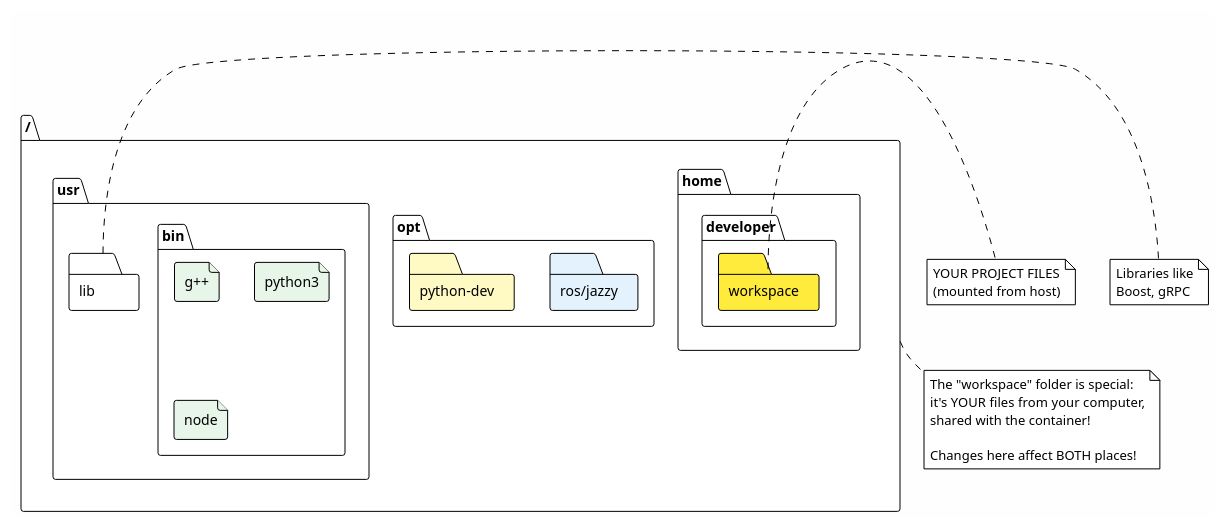
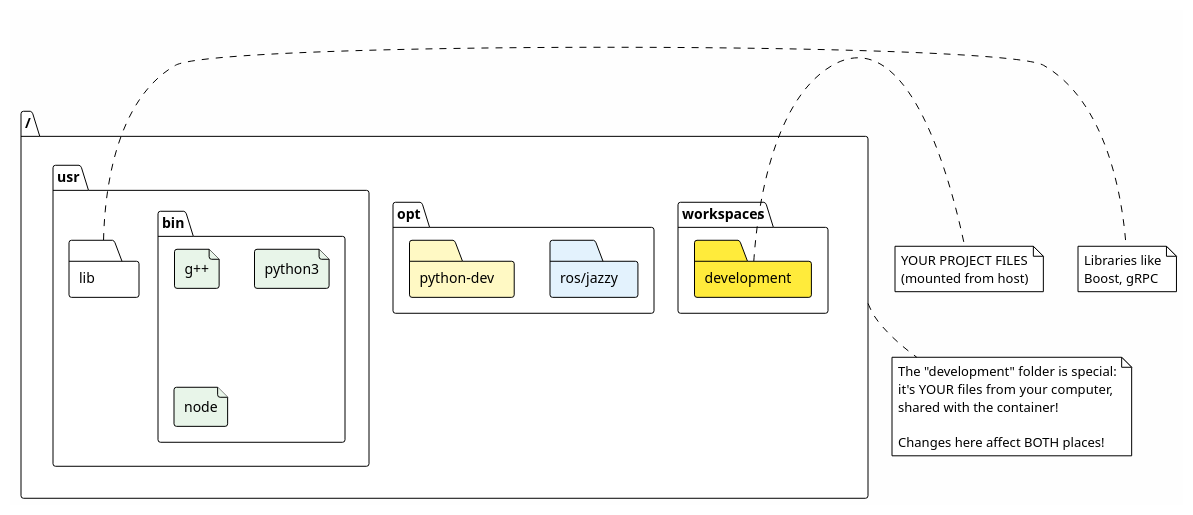
Before and after one commit to karthik-dev-82/system-notes: the seventh of 13 diagrams in docs/source/docker_dev_environment.rst, drawn with PlantUML. The commit also changed other lines of this file and 6 other files, not shown here.

```diff
--- a/docs/source/docker_dev_environment.rst
+++ b/docs/source/docker_dev_environment.rst
@@ -430,38 +431,36 @@
 .. uml::
 
    !theme plain
    skinparam backgroundColor #FEFEFE
    folder "/" as root {
-     folder "home" {
-       folder "developer" {
-         folder "workspace" #FFEB3B
-       }
+     folder "workspaces" {
+       folder "development" #FFEB3B
      }
      folder "opt" {
        folder "ros/jazzy" #E3F2FD
        folder "python-dev" #FFF9C4
      }
      folder "usr" {
        folder "bin" {
          file "g++" #E8F5E9
          file "python3" #E8F5E9
          file "node" #E8F5E9
        }
        folder "lib"
      }
    }
-   note right of workspace
+   note right of development
      YOUR PROJECT FILES
      (mounted from host)
    end note
    note right of lib
      Libraries like
      Boost, gRPC
    end note
    note bottom of root
-     The "workspace" folder is special:
+     The "development" folder is special:
      it's YOUR files from your computer,
      shared with the container!
 
      Changes here affect BOTH places!
    end note
```
